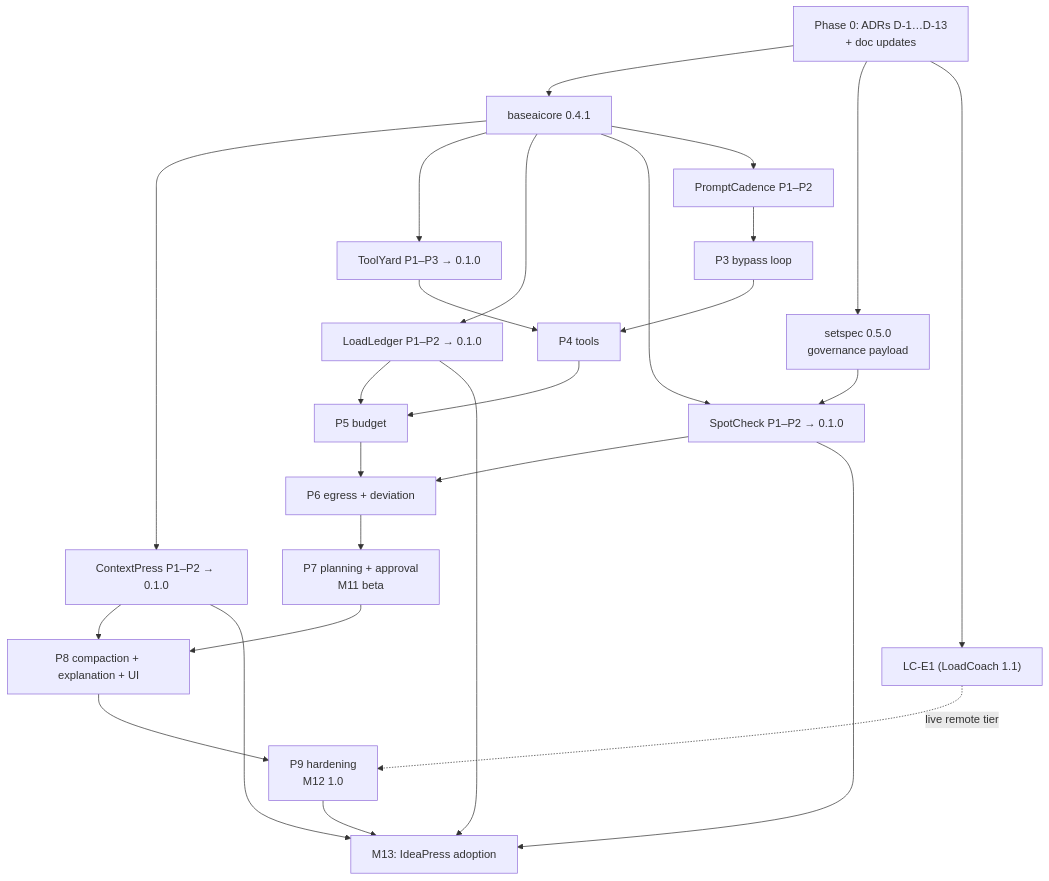
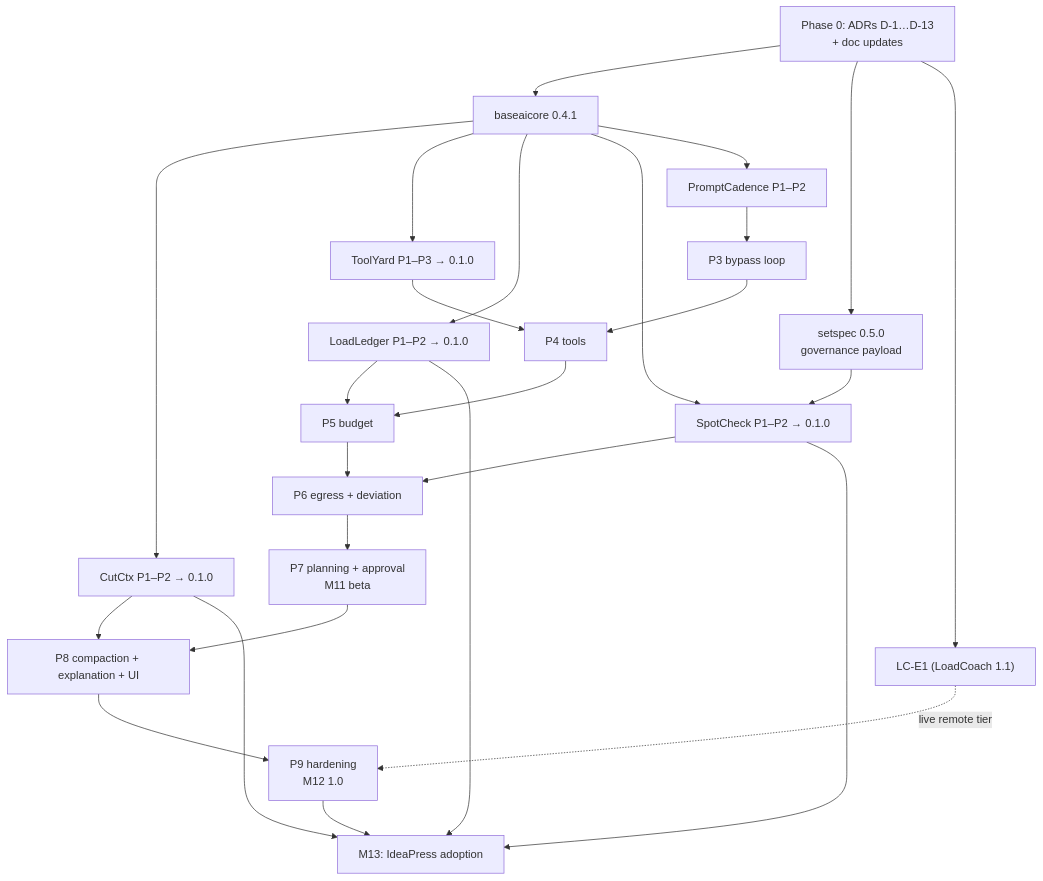
Before and after one commit to JPKell/OpenWeight-Gym: the diagram in roadmap/promptcadence-roadmap.md, drawn with Mermaid. The commit also changed other lines of this file and 12 other files, not shown here.

````diff
--- a/roadmap/promptcadence-roadmap.md
+++ b/roadmap/promptcadence-roadmap.md
@@ -102,28 +102,28 @@
 ```mermaid
 graph TD
     P0["Phase 0: ADRs D-1…D-13<br/>+ doc updates"] --> BC["baseaicore 0.4.1"]
     P0 --> SS["setspec 0.5.0<br/>governance payload"]
-    BC --> CP["ContextPress P1–P2 → 0.1.0"]
+    BC --> CP["CutCtx P1–P2 → 0.1.0"]
     BC --> TY["ToolYard P1–P3 → 0.1.0"]
     BC --> LL["LoadLedger P1–P2 → 0.1.0"]
     SS --> SC["SpotCheck P1–P2 → 0.1.0"]
     BC --> SC
     BC --> S12["PromptCadence P1–P2"]
     S12 --> S3["P3 bypass loop"]
     TY --> S4["P4 tools"]
     S3 --> S4
     LL --> S5["P5 budget"]
     S4 --> S5
     SC --> S6["P6 egress + deviation"]
     S5 --> S6
     S6 --> S7["P7 planning + approval<br/>M11 beta"]
     CP --> S8["P8 compaction + explanation + UI"]
     S7 --> S8
     S8 --> S9["P9 hardening<br/>M12 1.0"]
     P0 --> LCE1["LC-E1 (LoadCoach 1.1)"]
     LCE1 -. live remote tier .-> S9
     S9 --> M13["M13: IdeaPress adoption"]
     CP --> M13
     LL --> M13
     SC --> M13
 ```
````
